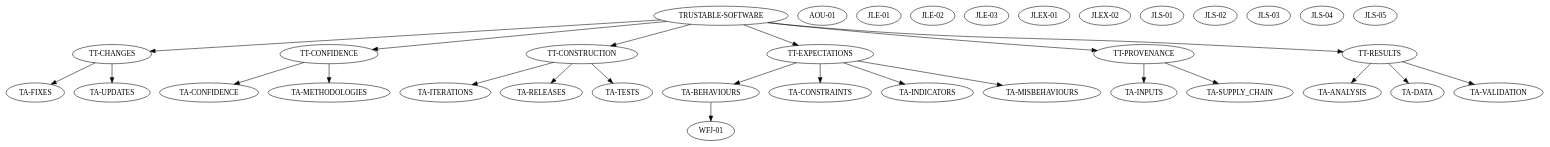
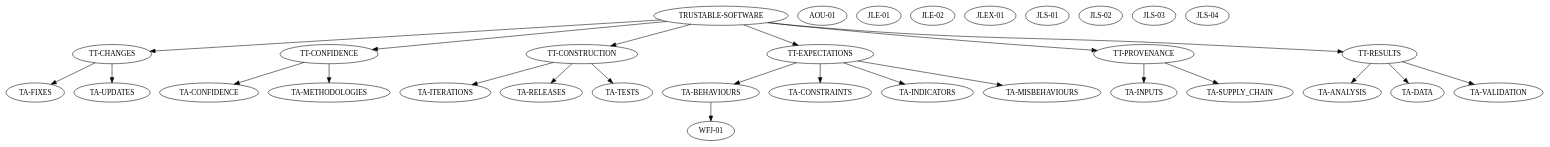
The diagram in .dotstop.dot (score-json/json), drawn with Graphviz before and after one commit. The commit also changed 5 other files, not shown here.

```diff
--- a/.dotstop.dot
+++ b/.dotstop.dot
@@ -1,63 +1,60 @@
 # This file is automatically generated by dotstop and should not be edited manually.
 # Generated using trustable 2025.6.25.
 
 digraph G {
 "TT-CHANGES" [sha=e276949659e77f8f453a9b32798f607abdfda44450bb10bfbca7a20d68835f7a];
 "AOU-01" [sha="0f00a2c7c6ef352a52c2e9e2c45102c97e8906fa5f0e7ddfcbc252af551cd179"];
 "JLE-01" [sha="14867cd68553c8da560462e77d0c956e86569a4af546ddd78e2bba0946b09c55"];
 "JLE-02" [sha="1be3c197afc64f9708885772b3417ef8872d436d6c0ee93af99f74e682df8726"];
-"JLE-03" [sha=da65ac158131b35b9038ec1a73eb150cfd5e50223a49d397b31e2b2bfb595184];
 "JLEX-01" [sha="1cd16efee6db392909248a77c773e0c5aa76b4c05001ab0b981201004f2162b0"];
-"JLEX-02" [sha=f40046dae47252d62f28c935db90460772263ced0fa9ed1a5e1383436b89daa9];
 "JLS-01" [sha=dce41089598ceff4a3ce3df7a8d3d16183346b785d791d60c8292f51c055946d];
 "JLS-02" [sha=c9e0a37da8c4966962eb93e415e4f0ece9a7d5bfb1fa92a1d0fdcbc1609792af];
 "JLS-03" [sha=ada5a3ba5276cb99217751c67b424cdbd3622f82eb1126f08d425b641e1616e7];
 "JLS-04" [sha=b94e4184cbcedf757d2ddcba96fa81e7274e7631eac355602fdd668c707a696d];
-"JLS-05" [sha="1db1db9bb019291ccb0a896433d906206681c77d1d84aefffd9e965eda6a4dfe"];
 "TA-ANALYSIS" [sha="76cb774300c75d7b6a24c872fe691f2f0cd1d36cc4a2493e835f6b861bc79c34"];
 "TA-BEHAVIOURS" [sha="3ec27e29aa991978efe6a56267b98c2a08b27a4aff693d5cf2b01dfe72276570"];
 "TA-CONFIDENCE" [sha=afda09331b2fc3b8d9b1cd921bee66251a65e5543a473c61eb03f9ea11d57eb5];
 "TA-CONSTRAINTS" [sha=cdee0ae34c33110044975efc981e4ac4d63d824aaaac78233b1f3828ef070da3];
 "TA-DATA" [sha="796e4b5851340906568a47c4436c1fa67ca1c48c98a8b6a16b19283d04cea799"];
 "TA-FIXES" [sha="08f069034d1399c43c4321c5f05de72125f4155a8b68b9bbb2029cb679e6ad48"];
 "TA-INDICATORS" [sha=a5392ef1e3e40d82ef9a304d1304bf007fa85d961ab8ea268231cb212d763477];
 "TA-INPUTS" [sha="6edcb6e0ea0a918f611d6644da7a28dd5c924a210984cd913e7ff558677a6ea6"];
 "TA-ITERATIONS" [sha=c445bfe866db71df67d4e87353d674b62abce19b52048fac37284d8065d67678];
 "TA-METHODOLOGIES" [sha=d24f6055c79268b1f6e4bdf73951719f192d6f492a7376f85b349a95ccb2a319];
 "TA-MISBEHAVIOURS" [sha=d24fcdeee0ae0fa696f272dc39c8e9e37cce7fb9b2cfd07bcd1451b765be5c6e];
 "TA-RELEASES" [sha="3c924109e9916fb154eadbc2d733a8413ae551a1282b73de389b9ad7540a4e75"];
 "TA-SUPPLY_CHAIN" [sha="0629a5a339322874ad3d51c0c14219ede72195bf514abac82c95ebc3a685ae2c"];
 "TA-TESTS" [sha=afa5e61fc86f70f99f6c60b4f2b51ba7d486705f197048a7dc3fc8fea225385c];
 "TA-UPDATES" [sha="9f0554c79d125a37c7e68b9efbb022dc4853a3e2f87c7d224d30c51f5b9b8435"];
 "TA-VALIDATION" [sha="20f6d87b89d9fbffe427a734ab70906c26ad787e53032a8c4f4d599227704be6"];
 "TRUSTABLE-SOFTWARE" [sha="6513a163e6eac72c930253e4bc0404be5ea625d1dec436104991a565df4baaa3"];
 "TT-CONFIDENCE" [sha="507f0a905667e1d91265a4e577534eb51ebc0b3e84ffc1956cd0d80dc61b6d3a"];
 "TT-CONSTRUCTION" [sha="3752c6a34c0cc3ef905e000e635a7373748976744f3d1f75f1c2ed172366e350"];
 "TT-EXPECTATIONS" [sha="362eb86c872fb76b2a1075ff978252112bbad0a5fb3041895381f8c76b64c5e6"];
 "TT-PROVENANCE" [sha="4607bf9c0527508673fa37c110b9cf5f2ff0567c324cf728623f1e8ff094be32"];
 "TT-RESULTS" [sha="382987171ac6dc0d1114f5c0dbb77452300c14596514bbab126ae1f7d1bbb842"];
 "WFJ-01" [sha="82f699582ecb4aea047df8f1b0908f3c0e3acec9896f61e5edd102bf1616ac4b"];
 "TT-CHANGES" -> "TA-FIXES" [sha=d9dc2ad1dcbfde839249e8df9eb89ef978bdfee7b7b4933fae12e10cbc91762b];
 "TT-CHANGES" -> "TA-UPDATES" [sha=f8948db2f344f4cdd5bdc71dc54e63b446f40af09235c37f5d5cf59dcfdfbfa0];
 "TA-BEHAVIOURS" -> "WFJ-01" [sha="0f6cc204479d56914d30a93913ac013122faea07b31e1174058cc99296e51106"];
 "TRUSTABLE-SOFTWARE" -> "TT-CHANGES" [sha=a526e6de925b57edddfbc350de334735ee7ef23828b9e66ba781e8633c9f72df];
 "TRUSTABLE-SOFTWARE" -> "TT-CONFIDENCE" [sha="07cdcfab2c8c5121dd0acecf3771ee674dde8663e4cb335cfb74aa774f10cc5b"];
 "TRUSTABLE-SOFTWARE" -> "TT-CONSTRUCTION" [sha="8598c4138e9dda4691a3cbc1613530bb1a3f1c163edf523e41a9ba532b98fe83"];
 "TRUSTABLE-SOFTWARE" -> "TT-EXPECTATIONS" [sha=f6dba0c755d9ac4c9ed0ed2e08d5d51e6f7f1572e6de5581c90fbdaf3cafa4d4];
 "TRUSTABLE-SOFTWARE" -> "TT-PROVENANCE" [sha=c97824acbd35cf2b4a9e4ee2f66c46333b483eac99ef690e2bb105ef4756e527];
 "TRUSTABLE-SOFTWARE" -> "TT-RESULTS" [sha=b9e5b5fdf1cda120574cd2f351e9876a0a0c683152267d3898e6c161e7bda988];
 "TT-CONFIDENCE" -> "TA-METHODOLOGIES" [sha="5752e4930e6b0dbc6829b053f4bc7e7e054d416a8c9b2e19a1c3dd83d51fba9b"];
 "TT-CONFIDENCE" -> "TA-CONFIDENCE" [sha="2eaf5b9e879128e866585d5016bfde73f1ef1b192915fdb988cba7b6a0e679f2"];
 "TT-CONSTRUCTION" -> "TA-RELEASES" [sha="290d67048ce0b7e9d40d236b01fc79305d3d49d2c4a541ab3fe48d38347d45d5"];
 "TT-CONSTRUCTION" -> "TA-TESTS" [sha=dddbe1b9b7a7fdaf4003a939660dcb547eacfd78b6f446cb4e065047d95efd9a];
 "TT-CONSTRUCTION" -> "TA-ITERATIONS" [sha="671795bbd8a789803e29f531e12074129e99f1329d27bc97ad0bbee01d8432db"];
 "TT-EXPECTATIONS" -> "TA-BEHAVIOURS" [sha=bab309ba80ce2c2b1d7146220da91f1f456c03d4aad8a724db777933e8924ebb];
 "TT-EXPECTATIONS" -> "TA-MISBEHAVIOURS" [sha=b9c4c4ce6e39a7171aa8b02c3267172229ff3de17ff5cd2da9839e67334e5453];
 "TT-EXPECTATIONS" -> "TA-CONSTRAINTS" [sha=af6a8726cb3a4274ce8ef7e000f0ea9d8f301e8d543254e146045c263873260d];
 "TT-EXPECTATIONS" -> "TA-INDICATORS" [sha=c6b66b2315b853fbe7f4844631f8a522cf0cff8f2984dea65c8b627512efdede];
 "TT-PROVENANCE" -> "TA-SUPPLY_CHAIN" [sha=a9efbde8812834ed5ea620c826a6b41f28219b61a06b00dcd74632685124a8b9];
 "TT-PROVENANCE" -> "TA-INPUTS" [sha=b72b13298357c1738735fc9cc56b0e64cc9fec0124f1721315f64f24faa17f71];
 "TT-RESULTS" -> "TA-DATA" [sha=bdbef171f4a2b69b6f8b47d3b2c9f0642ffb3120ba471c7be0da274a54c4d549];
 "TT-RESULTS" -> "TA-ANALYSIS" [sha="53f912e517e9b33ca019d4a4aac432fee37c3315ea9a155e145b90122f9c8fb7"];
 "TT-RESULTS" -> "TA-VALIDATION" [sha=bc8f3c8b5afd04ec4f77e750b8c82e5bb1c729811895ff49663b904d42d49fdc];
 }
```
